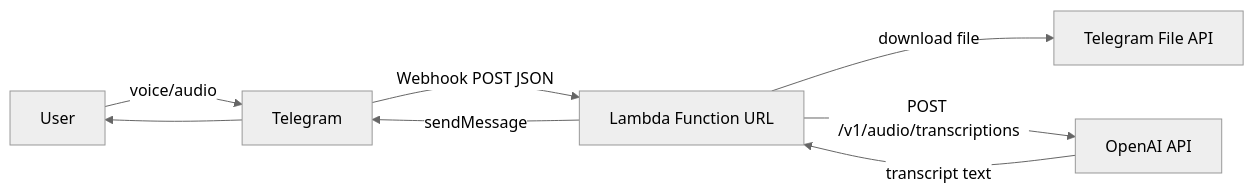
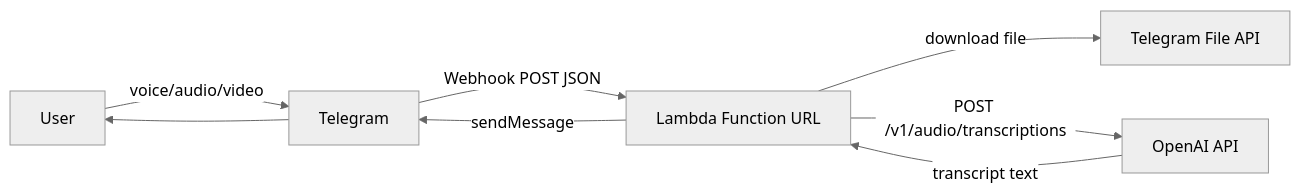
The diagram in README.md (mesyrob/telegram-transcriber-lambda), drawn with Mermaid (neutral theme) before and after one commit. The commit also changed other lines of this file and 2 other files, not shown here.

First line of the commit message:
Add video message support and bump version to 0.2.0

````diff
--- a/README.md
+++ b/README.md
@@ -26,10 +28,10 @@
 ```mermaid
 flowchart LR
-    User -->|voice/audio| Telegram
+    User -->|voice/audio/video| Telegram
     Telegram -->|Webhook POST JSON| Lambda[Lambda Function URL]
     Lambda -->|download file| TelegramFileAPI[Telegram File API]
     Lambda -->|POST /v1/audio/transcriptions| OpenAI[OpenAI API]
     OpenAI -->|transcript text| Lambda
     Lambda -->|sendMessage| Telegram
     Telegram --> User
 ```
````
